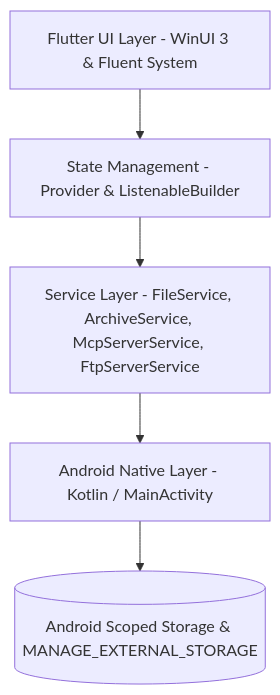
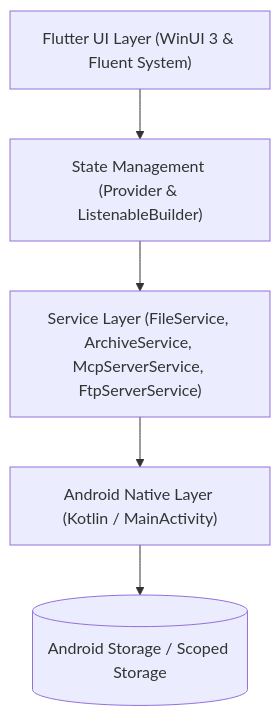
The diagram in README.md (AmirrezaKhezerlou/NeoFile), drawn with Mermaid before and after one commit. The commit also changed other lines of this file, not shown here.

````diff
--- a/README.md
+++ b/README.md
@@ -121,12 +121,12 @@
 ```mermaid
 graph TD
-    App[Flutter UI Layer - WinUI 3 & Fluent System]
-    Providers[State Management - Provider & ListenableBuilder]
-    Services[Service Layer - FileService, ArchiveService, McpServerService, FtpServerService]
-    Native[Android Native Layer - Kotlin / MainActivity]
+    App["Flutter UI Layer (WinUI 3 & Fluent System)"]
+    Providers["State Management (Provider & ListenableBuilder)"]
+    Services["Service Layer (FileService, ArchiveService, McpServerService, FtpServerService)"]
+    Native["Android Native Layer (Kotlin / MainActivity)"]
 
     App --> Providers
     Providers --> Services
     Services --> Native
-    Native --> Storage[(Android Scoped Storage & MANAGE_EXTERNAL_STORAGE)]
+    Native --> Storage[("Android Storage / Scoped Storage")]
 ```
````
